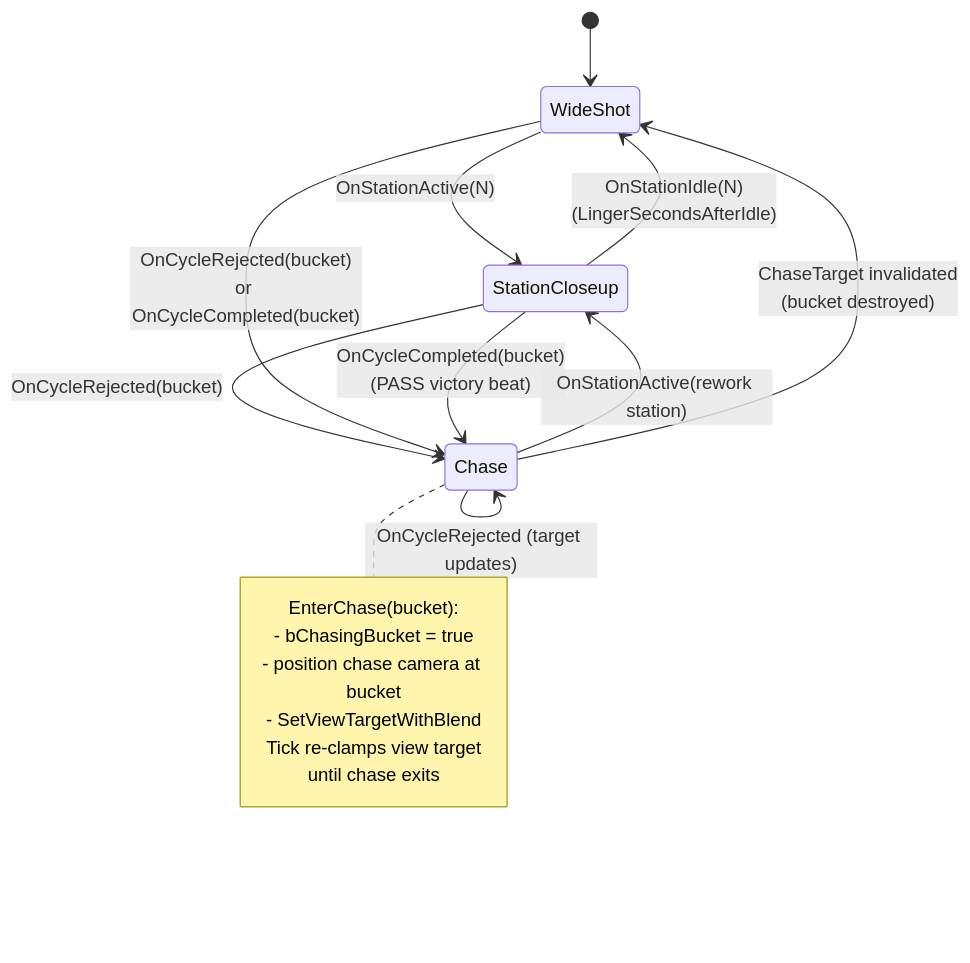
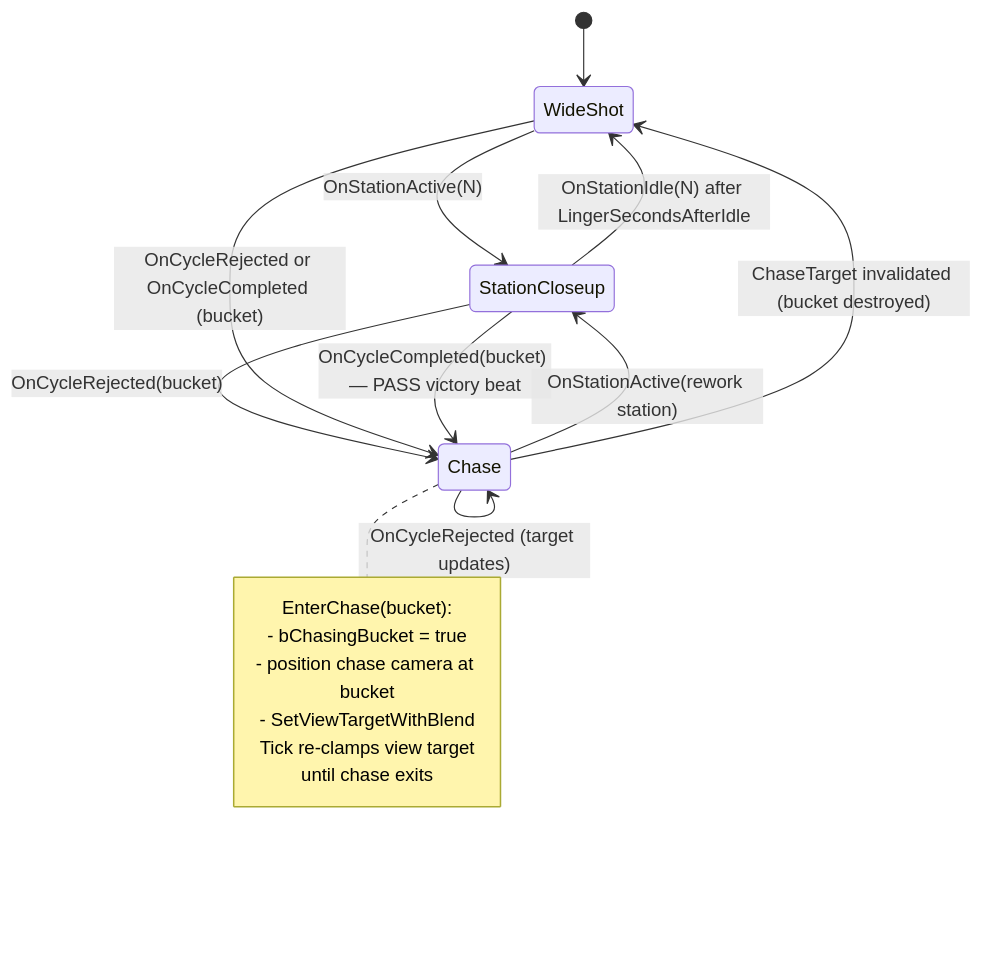
The fifth of 5 diagrams in README.md (eyupgurel/AssemblyLineSimul), drawn with Mermaid before and after one commit. The commit also changed other lines of this file, not shown here.

Commit message:
README: strip <br/> from sequence and state diagrams
graph/flowchart node labels accept <br/> for line breaks, but
mermaid's sequenceDiagram Note text and message text after `:`
treat each line as one token — `<br/>` lands as literal text and
the next line's arrow trips a "Expecting SOLID_OPEN_ARROW" lex
error. stateDiagram-v2 transition labels are similarly strict on
GitHub's renderer. Inlined them all to one line each.

````diff
--- a/README.md
+++ b/README.md
@@ -272,23 +272,23 @@
 ```mermaid
 stateDiagram-v2
   [*] --> WideShot
   WideShot --> StationCloseup: OnStationActive(N)
-  StationCloseup --> WideShot: OnStationIdle(N)<br/>(LingerSecondsAfterIdle)
+  StationCloseup --> WideShot: OnStationIdle(N) after LingerSecondsAfterIdle
 
   StationCloseup --> Chase: OnCycleRejected(bucket)
-  WideShot --> Chase: OnCycleRejected(bucket)<br/>or OnCycleCompleted(bucket)
-  StationCloseup --> Chase: OnCycleCompleted(bucket)<br/>(PASS victory beat)
+  WideShot --> Chase: OnCycleRejected or OnCycleCompleted (bucket)
+  StationCloseup --> Chase: OnCycleCompleted(bucket) — PASS victory beat
 
   Chase --> StationCloseup: OnStationActive(rework station)
-  Chase --> WideShot: ChaseTarget invalidated<br/>(bucket destroyed)
+  Chase --> WideShot: ChaseTarget invalidated (bucket destroyed)
   Chase --> Chase: OnCycleRejected (target updates)
 
   note right of Chase
     EnterChase(bucket):
     - bChasingBucket = true
     - position chase camera at bucket
     - SetViewTargetWithBlend
     Tick re-clamps view target
     until chase exits
   end note
 ```
````
